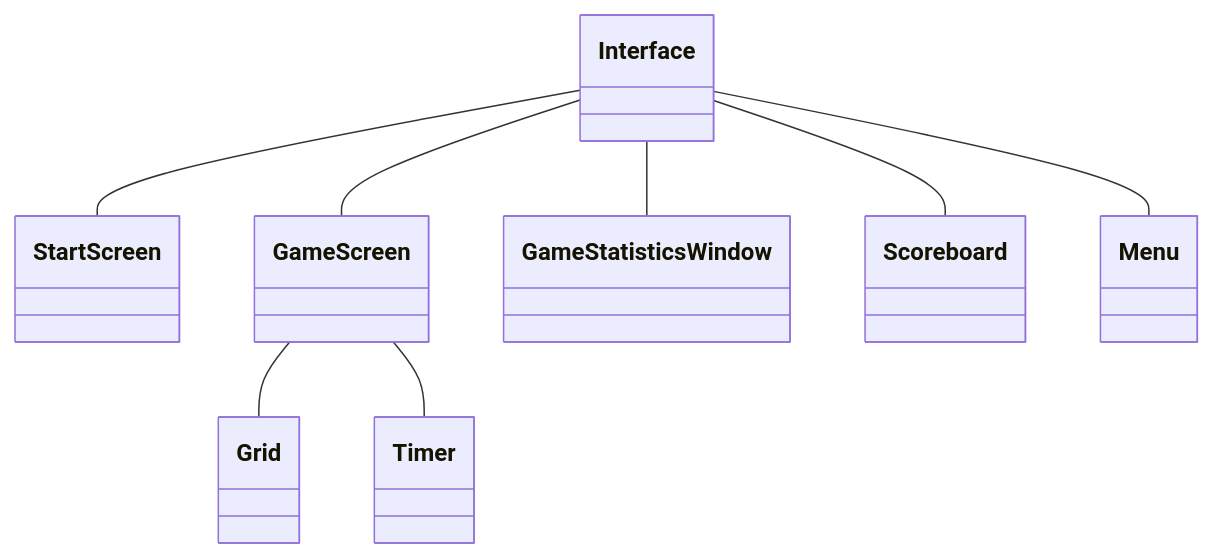
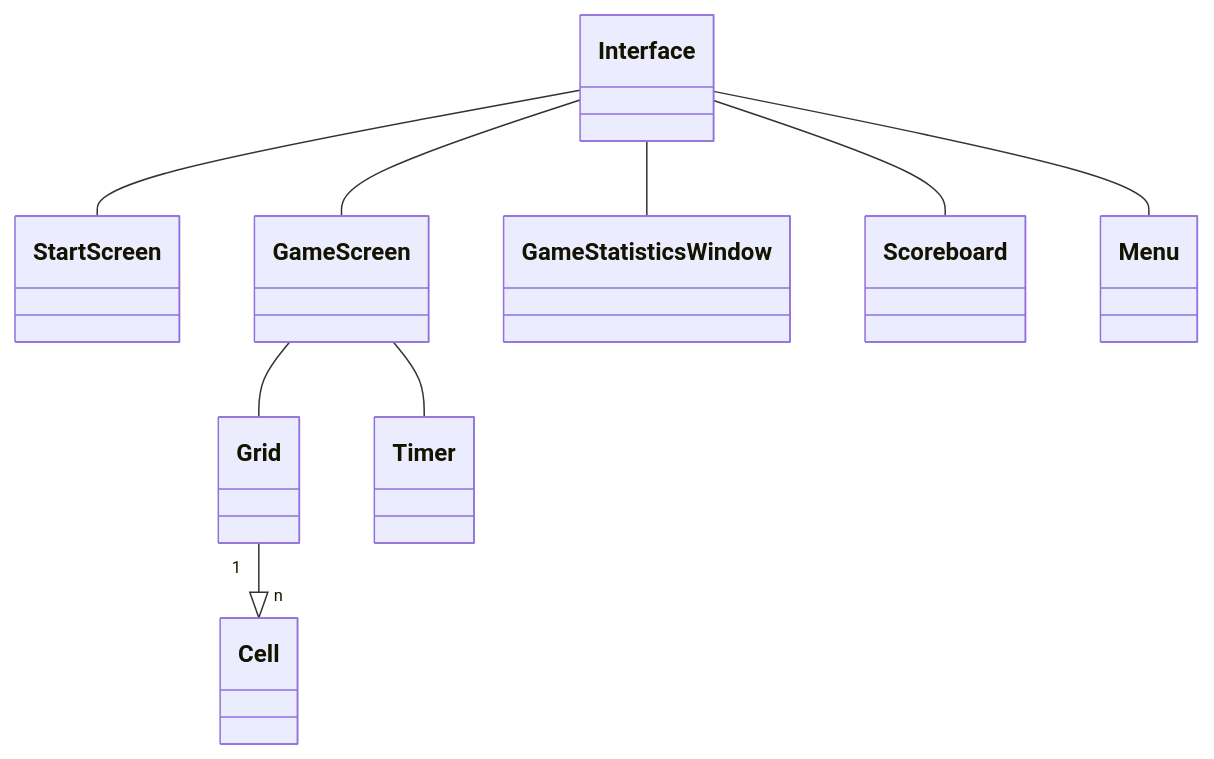
The first of 10 diagrams in docs/class_diagrams/init.md (yu8ikmnbgt6y/chatgpt_minesweeper), drawn with Mermaid before and after one commit. The commit also changed other lines of this file, not shown here.

Commit message:
update class diagram

````diff
--- a/docs/class_diagrams/init.md
+++ b/docs/class_diagrams/init.md
@@ -2,12 +2,13 @@
 ```mermaid
 classDiagram
     class Interface {
     }
     Interface -- StartScreen
     Interface -- GameScreen
     Interface -- GameStatisticsWindow
     Interface -- Scoreboard
     Interface -- Menu
     GameScreen -- Grid
     GameScreen -- Timer
+    Grid "1" --|> "n" Cell
 ```
````
